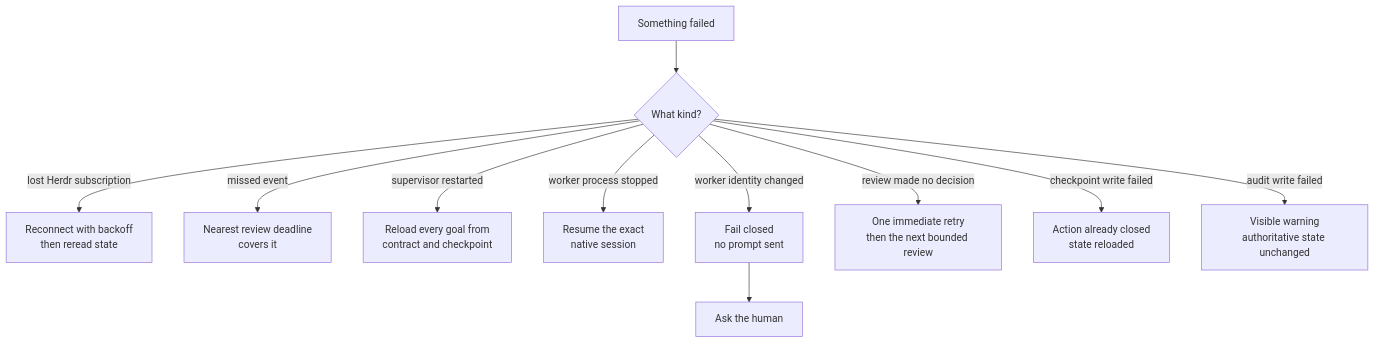
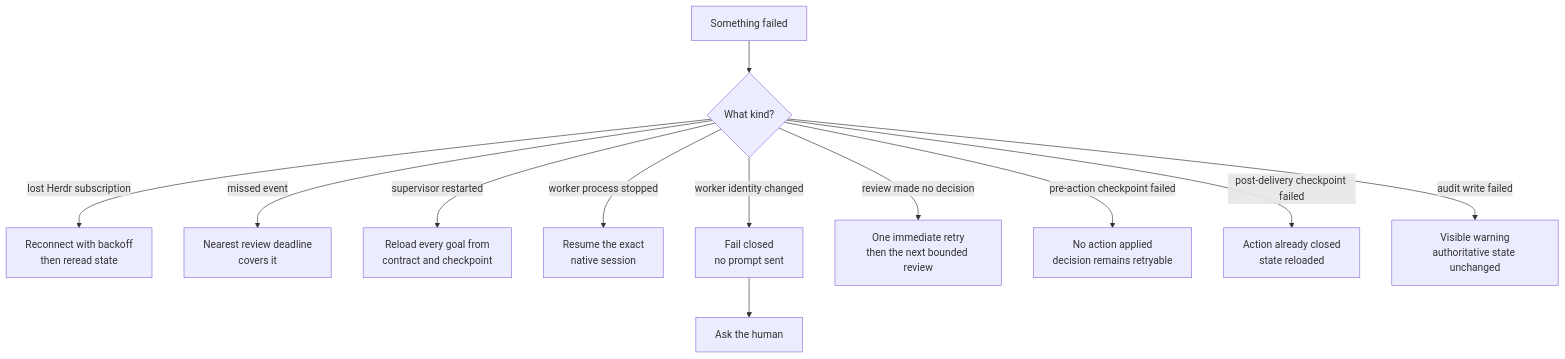
One commit to hao1939/herdr-supervisor changed the fourth of 4 diagrams in docs/design.md. Above: the diagram before and after it, drawn with Mermaid. The commit also changed other lines of this file, not shown here.

Commit message:
Align architecture failure and watch details

````diff
--- a/docs/design.md
+++ b/docs/design.md
@@ -433,15 +435,16 @@
 ```mermaid
 flowchart TD
     F[Something failed] --> K{What kind?}
 
     K -->|lost Herdr subscription| RC[Reconnect with backoff<br/>then reread state]
     K -->|missed event| DL[Nearest review deadline<br/>covers it]
     K -->|supervisor restarted| RL[Reload every goal from<br/>contract and checkpoint]
     K -->|worker process stopped| RS[Resume the exact<br/>native session]
     K -->|worker identity changed| FC[Fail closed<br/>no prompt sent]
     K -->|review made no decision| BR[One immediate retry<br/>then the next bounded review]
-    K -->|checkpoint write failed| CB[Action already closed<br/>state reloaded]
+    K -->|pre-action checkpoint failed| PW[No action applied<br/>decision remains retryable]
+    K -->|post-delivery checkpoint failed| CB[Action already closed<br/>state reloaded]
     K -->|audit write failed| AV[Visible warning<br/>authoritative state unchanged]
 
     FC --> H[Ask the human]
 ```
````
